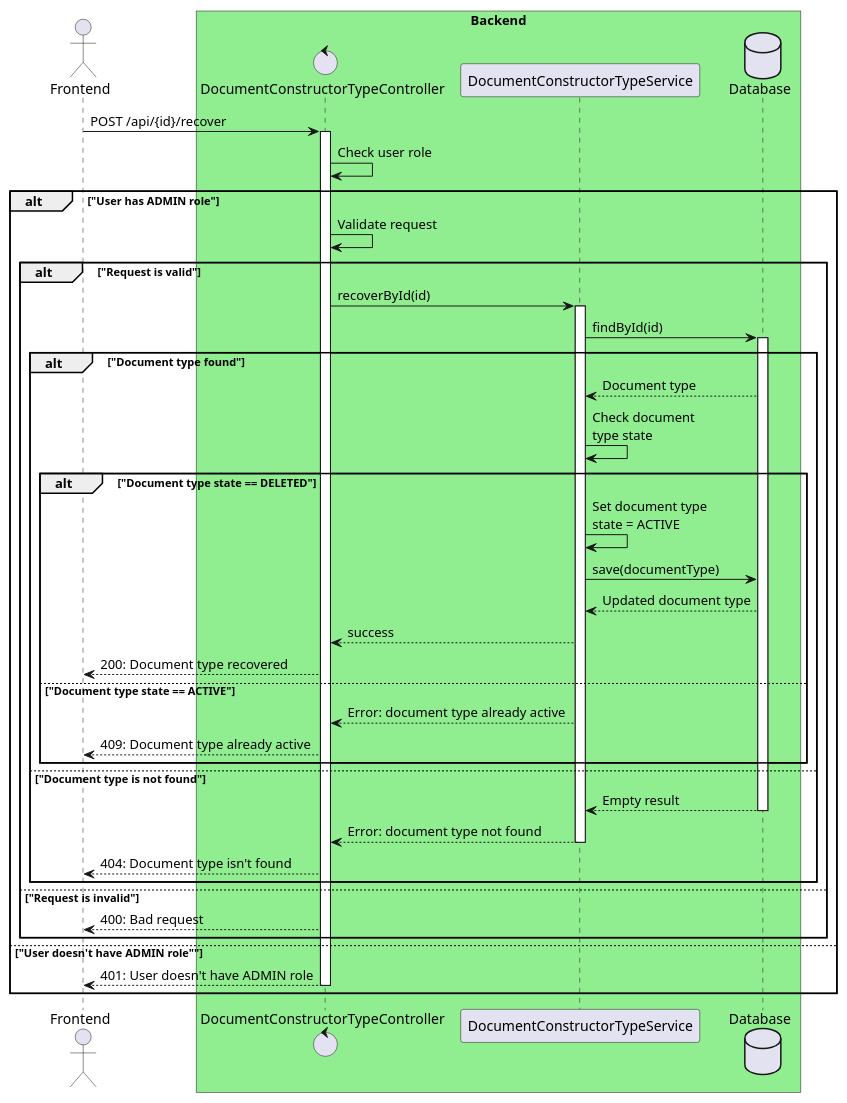
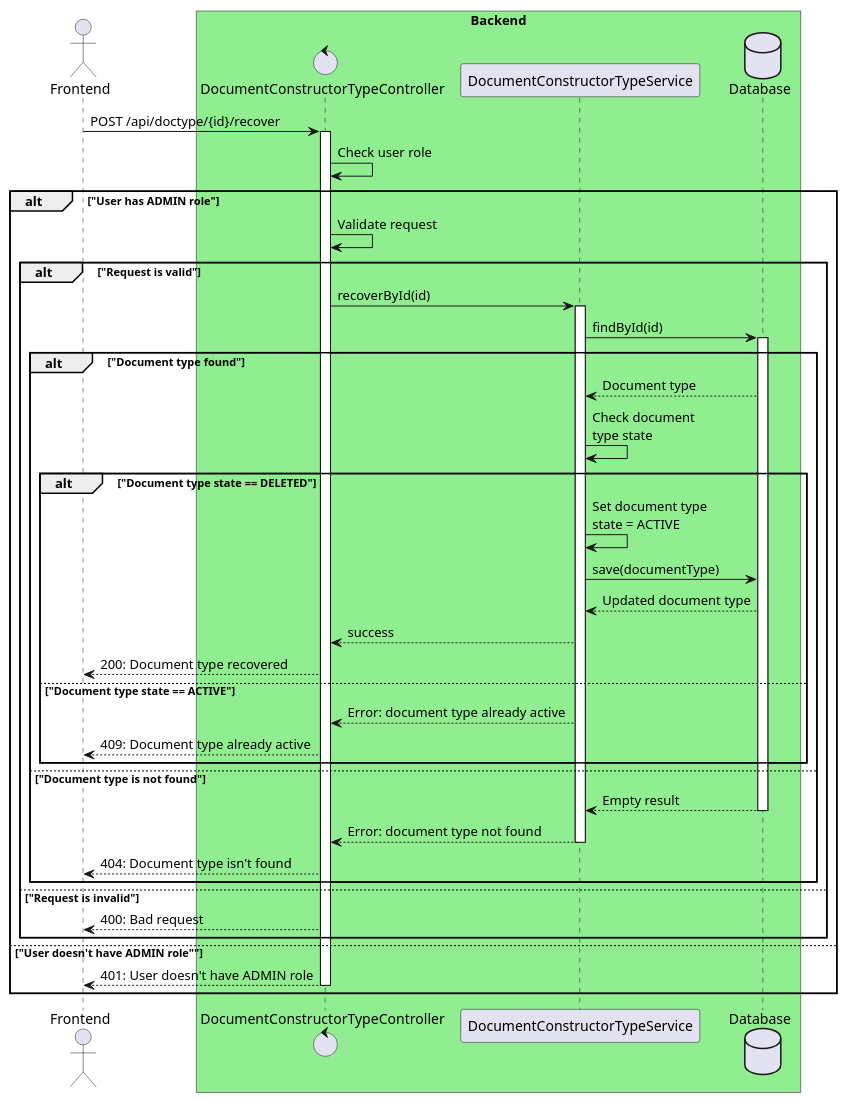
One commit to Sh1bari/CaseLabProject changed the diagram in documentation/sequence-diagrams/DocumentConstructorTypeController/recoverDocumentType.puml. Above: the diagram before and after it, drawn with PlantUML. The commit also changed 3 other files, not shown here.

Commit message:
replace url from /api... to /api/doctype...

```diff
--- a/documentation/sequence-diagrams/DocumentConstructorTypeController/recoverDocumentType.puml
+++ b/documentation/sequence-diagrams/DocumentConstructorTypeController/recoverDocumentType.puml
@@ -1,45 +1,45 @@
 @startuml
 
 actor "Frontend" as front
 
 box "Backend" #Lightgreen
 control "DocumentConstructorTypeController" as controller
 participant "DocumentConstructorTypeService" as service
 database "Database" as db
 end box
 
 'autonumber
 
-front -> controller++: POST /api/{id}/recover
+front -> controller++: POST /api/doctype/{id}/recover
 controller -> controller: Check user role
 alt "User has ADMIN role"
     controller -> controller: Validate request
     alt "Request is valid"
         controller -> service++: recoverById(id)
         service -> db++: findById(id)
         alt "Document type found"
             db --> service: Document type
             service -> service: Check document\ntype state
             alt "Document type state == DELETED"
                 service -> service: Set document type\nstate = ACTIVE
                 service -> db: save(documentType)
                 db --> service: Updated document type
                 service --> controller: success
                 controller --> front: 200: Document type recovered
             else "Document type state == ACTIVE"
                 service --> controller: Error: document type already active
                 controller --> front: 409: Document type already active
             end
         else "Document type is not found"
             db --> service--: Empty result
             service --> controller--: Error: document type not found
             controller --> front: 404: Document type isn't found
         end
     else "Request is invalid"
         controller --> front: 400: Bad request
     end
 else "User doesn't have ADMIN role""
     controller --> front--: 401: User doesn't have ADMIN role
 end
 
 @enduml
```
